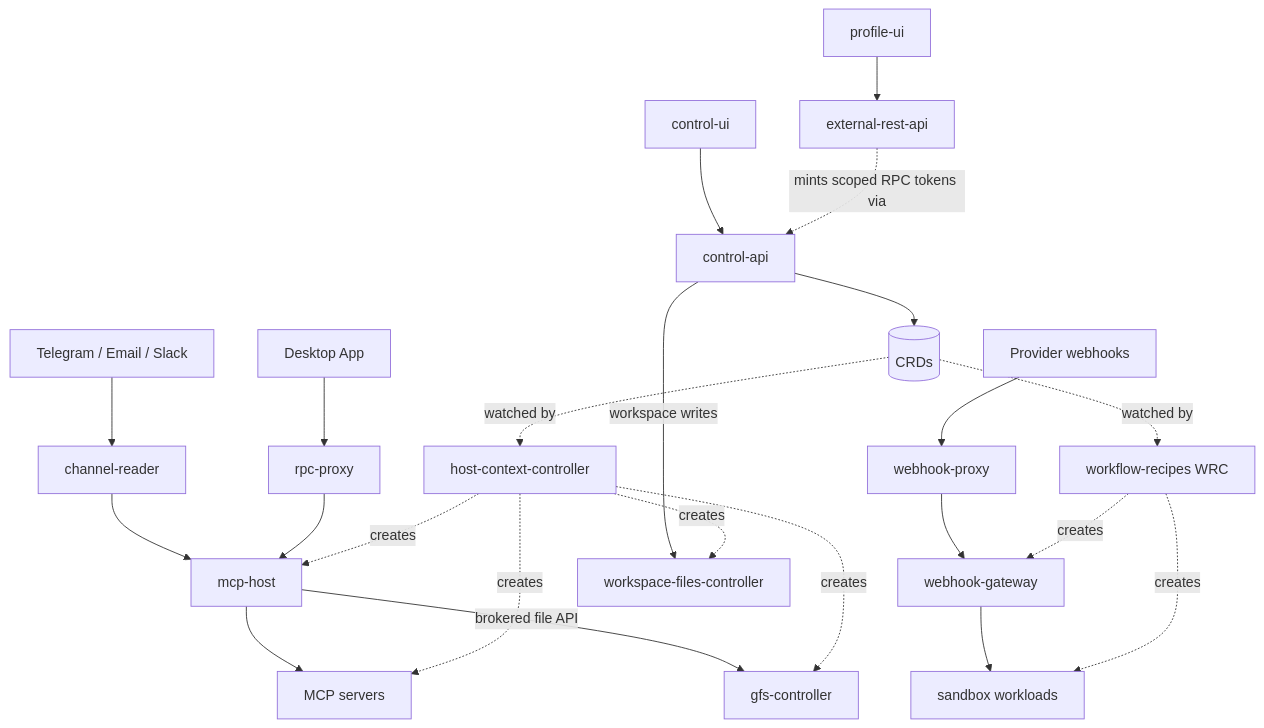
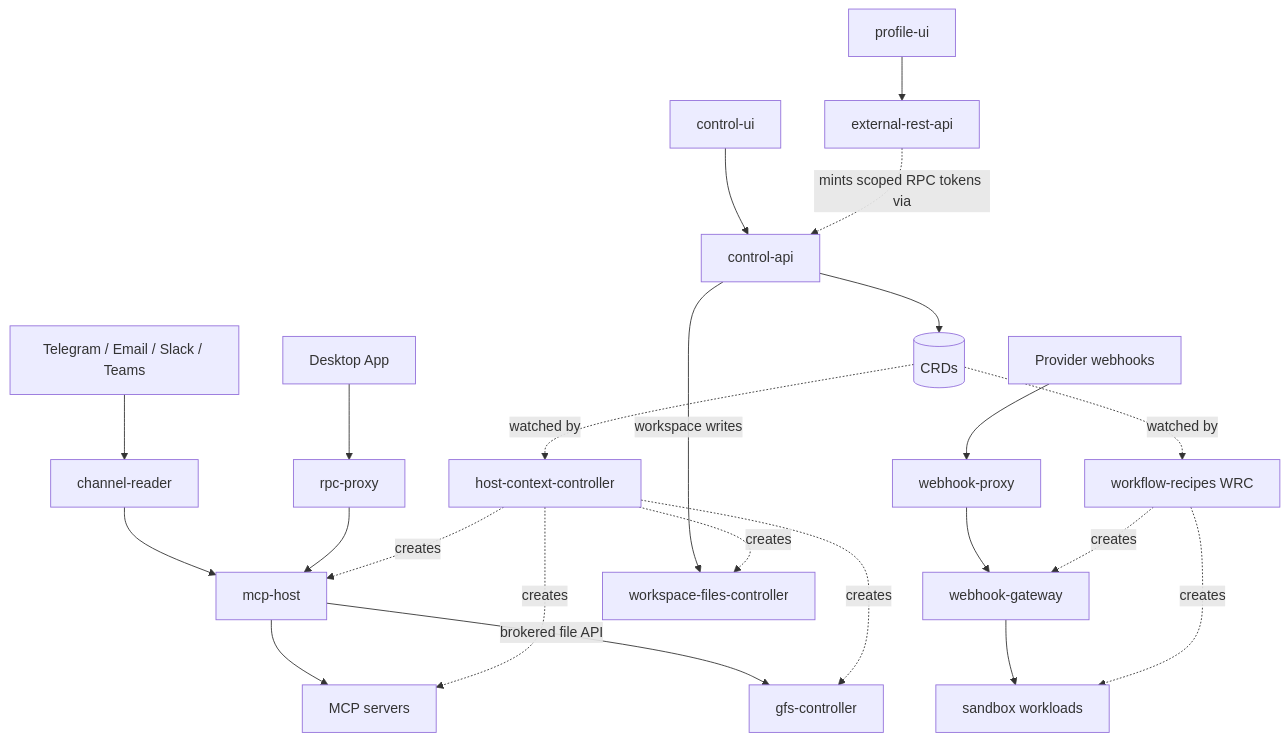
Before and after one commit to evenfire-ai/evenfire: the diagram in ARCHITECTURE.md, drawn with Mermaid. The commit also changed other lines of this file and 42 other files, not shown here.

````diff
--- a/ARCHITECTURE.md
+++ b/ARCHITECTURE.md
@@ -110,29 +110,29 @@
 ```mermaid
 flowchart TB
-  user[Telegram / Email / Slack] --> cr[channel-reader]
+  user[Telegram / Email / Slack / Teams] --> cr[channel-reader]
   desktop[Desktop App] --> rpc[rpc-proxy]
   cui[control-ui] --> capi
   pui[profile-ui] --> era[external-rest-api]
   hook[Provider webhooks] --> wp[webhook-proxy] --> wg[webhook-gateway]
 
   cr --> mh[mcp-host]
   rpc --> mh
   wg --> sb[sandbox workloads]
 
   mh --> mcp[MCP servers]
   mh -->|brokered file API| gfsc[gfs-controller]
 
   capi[control-api] -->|workspace writes| wfc[workspace-files-controller]
   capi --> crd[(CRDs)]
   era -.mints scoped RPC tokens via.-> capi
 
   hcc[host-context-controller] -.creates.-> mh
   hcc -.creates.-> mcp
   hcc -.creates.-> gfsc
   hcc -.creates.-> wfc
   wrc[workflow-recipes WRC] -.creates.-> sb
   wrc -.creates.-> wg
 
   crd -.watched by.-> hcc
   crd -.watched by.-> wrc
 ```
````
